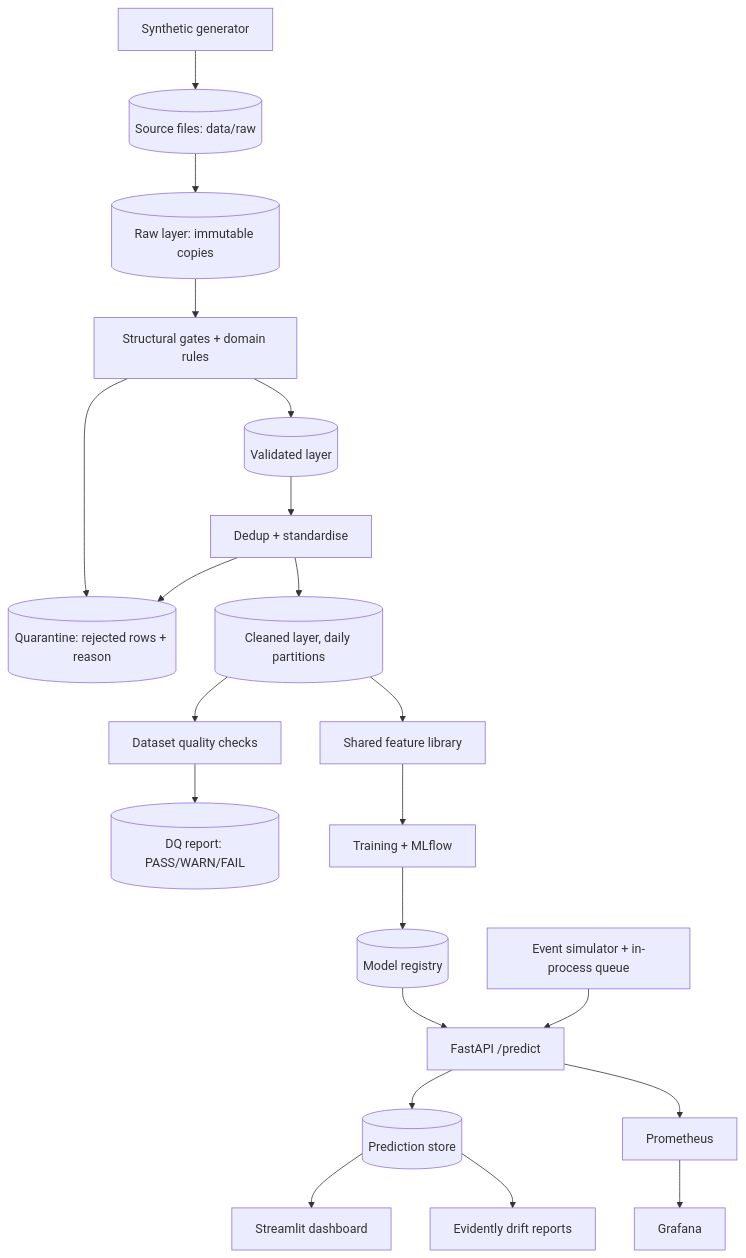
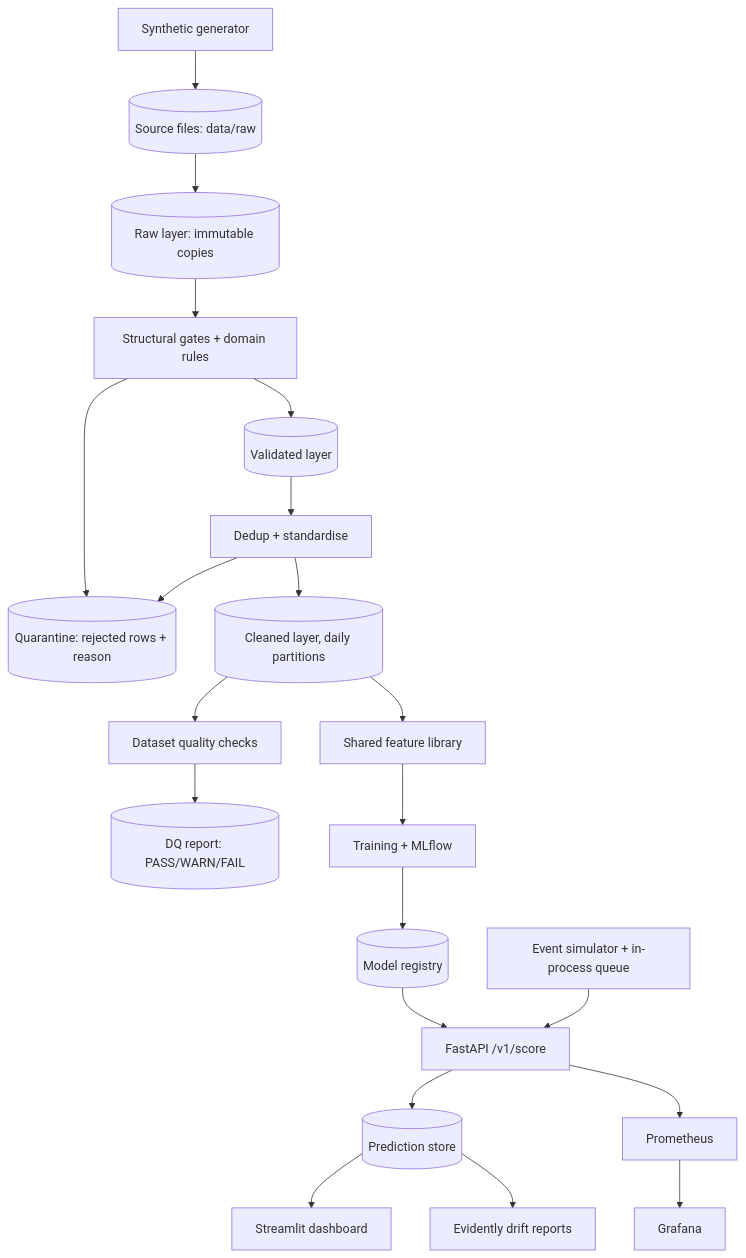
One commit to Chendy1/mobile-money-fraud-detection-platform changed the diagram in docs/architecture.md. Above: the diagram before and after it, drawn with Mermaid. The commit also changed other lines of this file and 9 other files, not shown here.

````diff
--- a/docs/architecture.md
+++ b/docs/architecture.md
@@ -7,22 +7,22 @@
 ```mermaid
 flowchart TB
   G[Synthetic generator] --> L[(Source files: data/raw)]
   L --> RW[(Raw layer: immutable copies)]
   RW --> V[Structural gates + domain rules]
   V --> Q[(Quarantine: rejected rows + reason)]
   V --> VL[(Validated layer)]
   VL --> DD[Dedup + standardise]
   DD --> Q
   DD --> C[(Cleaned layer, daily partitions)]
   C --> DQ[Dataset quality checks]
   DQ --> RP[(DQ report: PASS/WARN/FAIL)]
   C --> F[Shared feature library]
   F --> T[Training + MLflow]
   T --> M[(Model registry)]
-  M --> A[FastAPI /predict]
+  M --> A[FastAPI /v1/score]
   S[Event simulator + in-process queue] --> A
   A --> P[(Prediction store)]
   P --> D[Streamlit dashboard]
   A --> PR[Prometheus] --> GR[Grafana]
   P --> E[Evidently drift reports]
 ```
````
